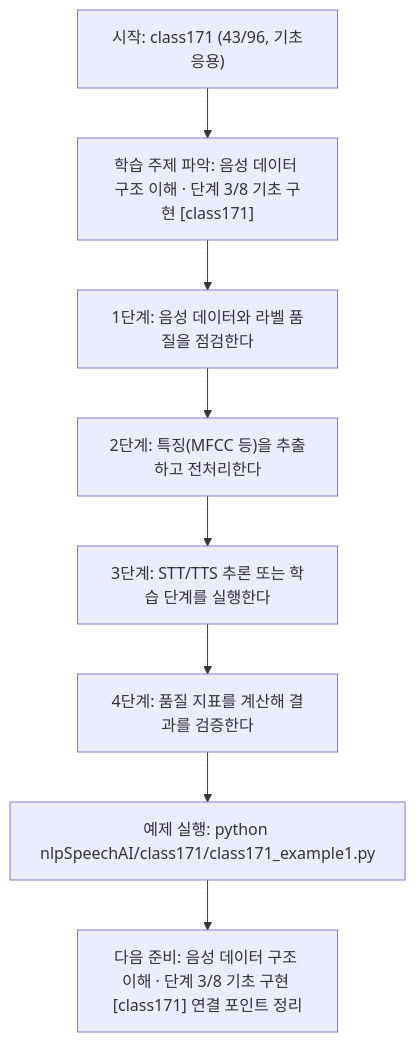
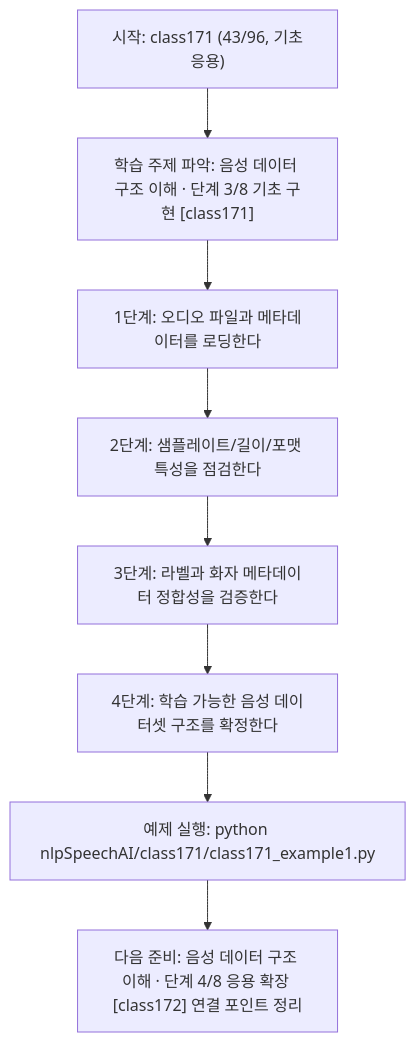
One commit to edumgt/Python-AI_Agent-Class changed the diagram in nlpSpeechAI/class171/class171.md. Above: the diagram before and after it, drawn with Mermaid. The commit also changed other lines of this file and 1122 other files, not shown here.

````diff
--- a/nlpSpeechAI/class171/class171.md
+++ b/nlpSpeechAI/class171/class171.md
@@ -115,18 +95,18 @@
 ```mermaid
 flowchart TD
 N1["시작: class171 (43/96, 기초응용)"]
 N2["학습 주제 파악: 음성 데이터 구조 이해 · 단계 3/8 기초 구현 [class171]"]
-N3["1단계: 음성 데이터와 라벨 품질을 점검한다"]
-N4["2단계: 특징(MFCC 등)을 추출하고 전처리한다"]
-N5["3단계: STT/TTS 추론 또는 학습 단계를 실행한다"]
-N6["4단계: 품질 지표를 계산해 결과를 검증한다"]
+N3["1단계: 오디오 파일과 메타데이터를 로딩한다"]
+N4["2단계: 샘플레이트/길이/포맷 특성을 점검한다"]
+N5["3단계: 라벨과 화자 메타데이터 정합성을 검증한다"]
+N6["4단계: 학습 가능한 음성 데이터셋 구조를 확정한다"]
 N7["예제 실행: python nlpSpeechAI/class171/class171_example1.py"]
-N8["다음 준비: 음성 데이터 구조 이해 · 단계 3/8 기초 구현 [class171] 연결 포인트 정리"]
+N8["다음 준비: 음성 데이터 구조 이해 · 단계 4/8 응용 확장 [class172] 연결 포인트 정리"]
 N1 --> N2
 N2 --> N3
 N3 --> N4
 N4 --> N5
 N5 --> N6
 N6 --> N7
 N7 --> N8
 ```
````
